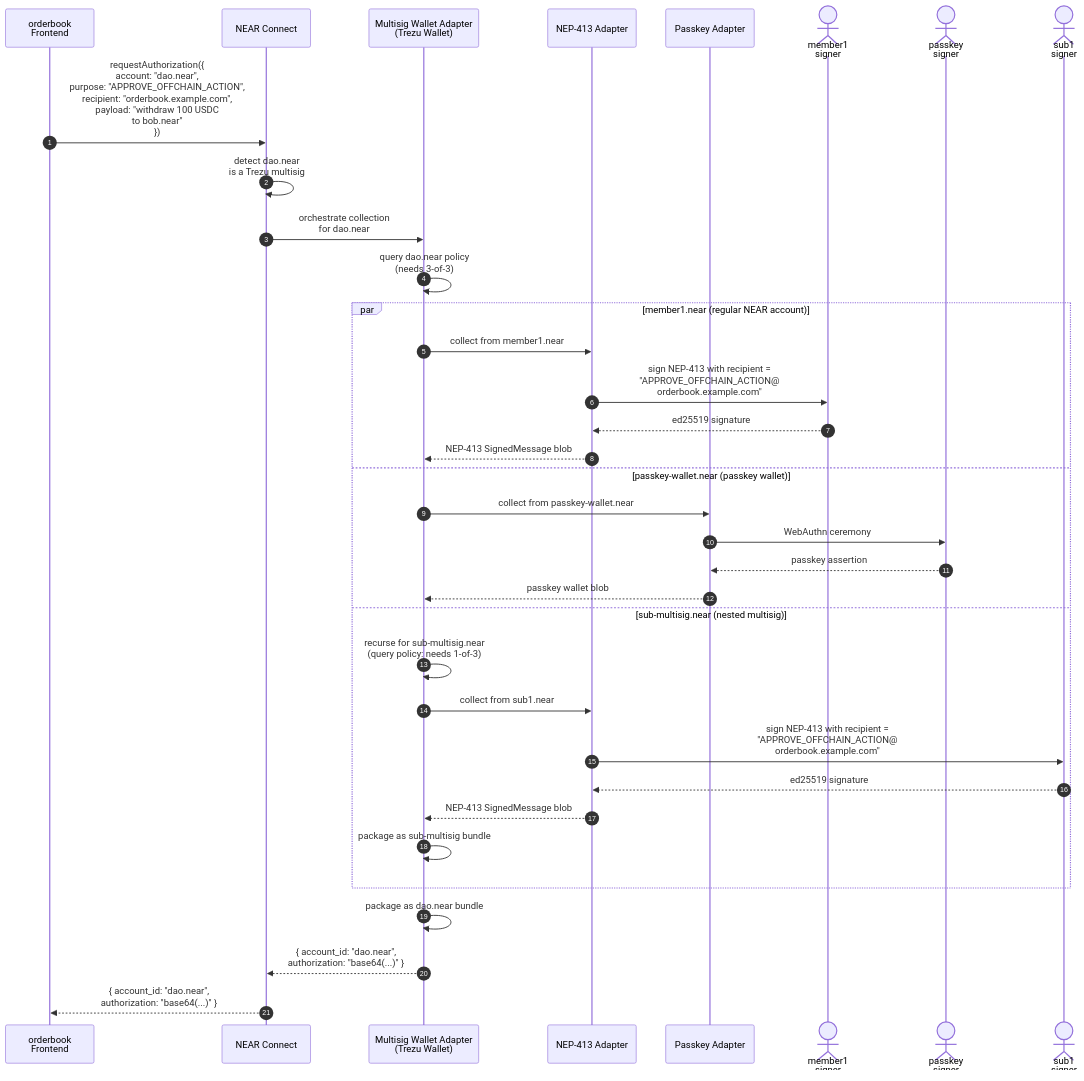
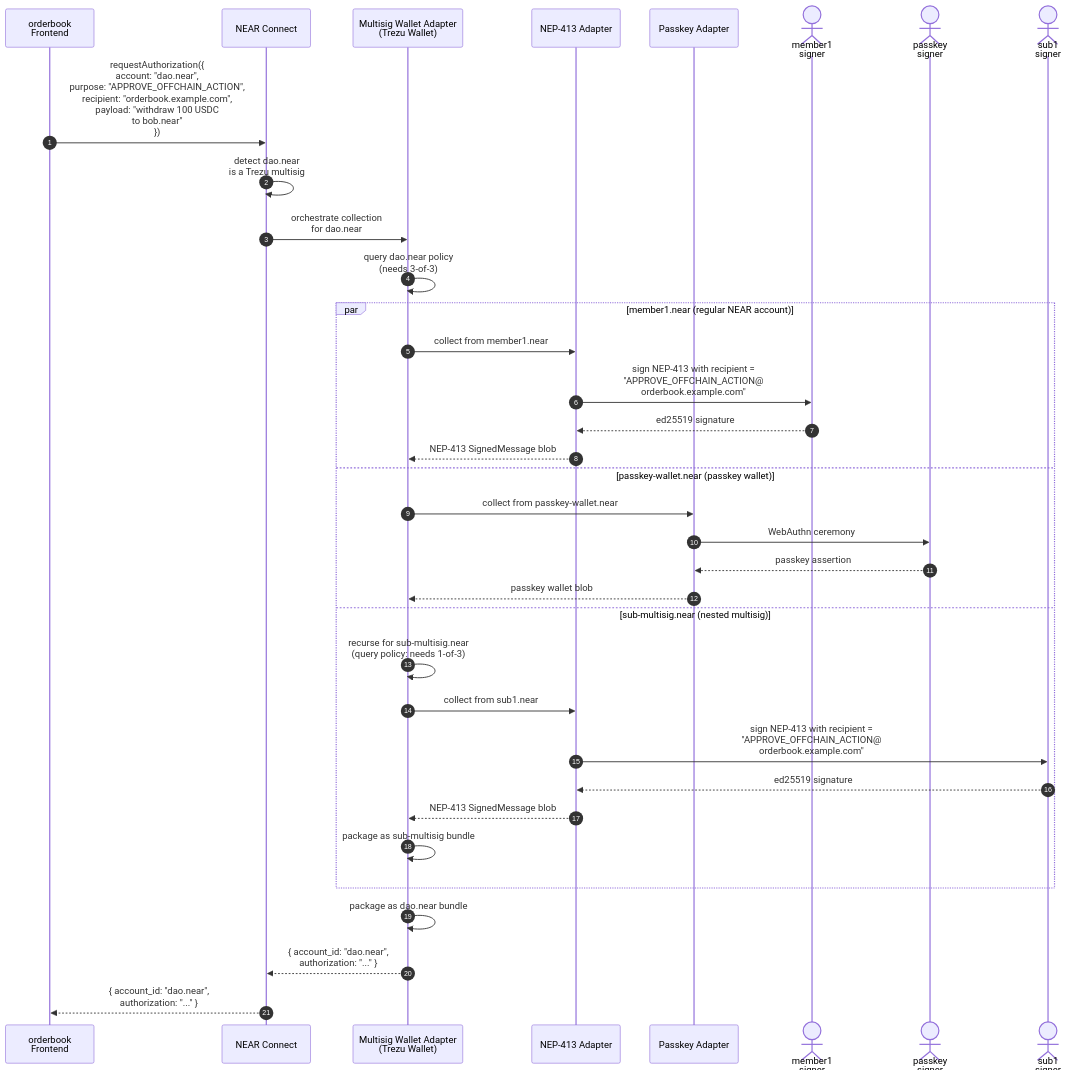
Before and after one commit to near/NEPs: the third of 4 diagrams in neps/nep-0641.md, drawn with Mermaid. The commit also changed other lines of this file, not shown here.

First line of the commit message:
Change authorization type from Base64VecU8 to String

````diff
--- a/neps/nep-0641.md
+++ b/neps/nep-0641.md
@@ -544,42 +542,42 @@
 ```mermaid
 sequenceDiagram
     autonumber
     participant FE as orderbook<br/>Frontend
     participant NC as NEAR Connect
     participant MS as Multisig Wallet Adapter<br/>(Trezu Wallet)
     participant N413 as NEP-413 Adapter
     participant PK as Passkey Adapter
     actor M1User as member1<br/>signer
     actor M2User as passkey<br/>signer
     actor S1User as sub1<br/>signer
 
     FE->>NC: requestAuthorization({<br/>  account: "dao.near",<br/>  purpose: "APPROVE_OFFCHAIN_ACTION",<br/>  recipient: "orderbook.example.com",<br/>  payload: "withdraw 100 USDC<br/>to bob.near"<br/>})
 
     NC->>NC: detect dao.near<br/>is a Trezu multisig
     NC->>MS: orchestrate collection<br/>for dao.near
 
     MS->>MS: query dao.near policy<br/>(needs 3-of-3)
 
     par member1.near (regular NEAR account)
         MS->>N413: collect from member1.near
         N413->>M1User: sign NEP-413 with recipient =<br/>"APPROVE_OFFCHAIN_ACTION@<br/>orderbook.example.com"
         M1User-->>N413: ed25519 signature
         N413-->>MS: NEP-413 SignedMessage blob
     and passkey-wallet.near (passkey wallet)
         MS->>PK: collect from passkey-wallet.near
         PK->>M2User: WebAuthn ceremony
         M2User-->>PK: passkey assertion
         PK-->>MS: passkey wallet blob
     and sub-multisig.near (nested multisig)
         MS->>MS: recurse for sub-multisig.near<br/>(query policy: needs 1-of-3)
         MS->>N413: collect from sub1.near
         N413->>S1User: sign NEP-413 with recipient =<br/>"APPROVE_OFFCHAIN_ACTION@<br/>orderbook.example.com"
         S1User-->>N413: ed25519 signature
         N413-->>MS: NEP-413 SignedMessage blob
         MS->>MS: package as sub-multisig bundle
     end
 
     MS->>MS: package as dao.near bundle
-    MS-->>NC: { account_id: "dao.near",<br/>  authorization: "base64(...)" }
-    NC-->>FE: { account_id: "dao.near",<br/>  authorization: "base64(...)" }
+    MS-->>NC: { account_id: "dao.near",<br/>  authorization: "..." }
+    NC-->>FE: { account_id: "dao.near",<br/>  authorization: "..." }
 ```
````
